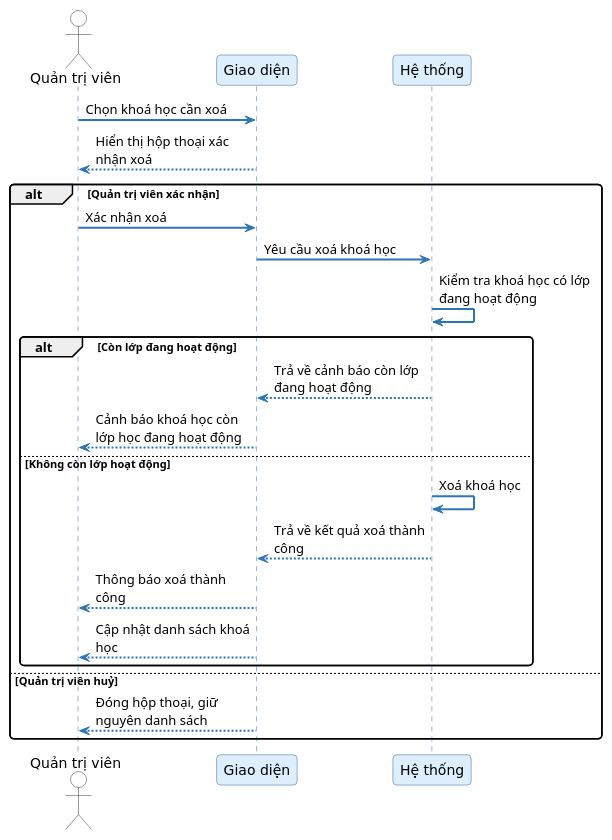
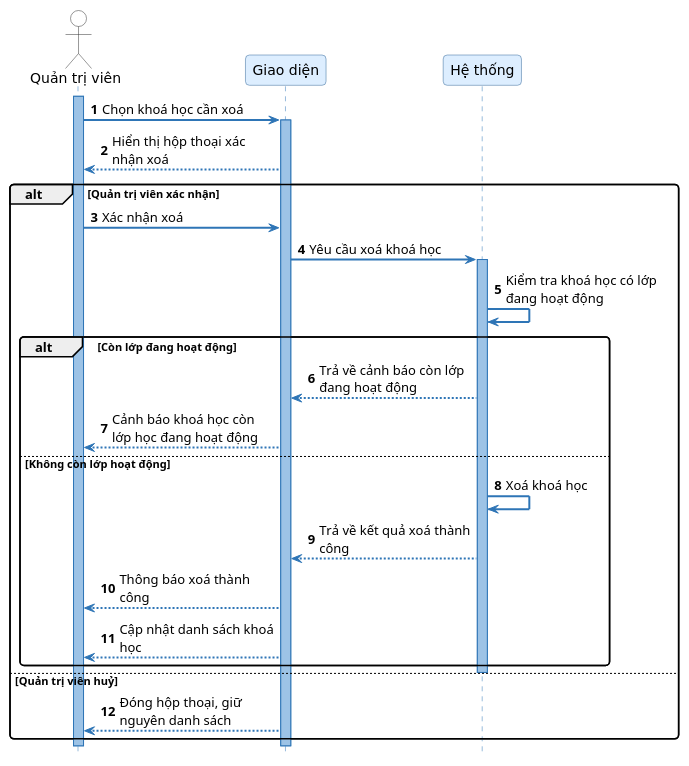
Before and after one commit to trantrungno3/ExamHub: the diagram in uml/seq_diagrams/SD10_xoa_khoa_hoc.puml, drawn with PlantUML. The commit also changed 100 other files, not shown here.

First line of the commit message:
Refactor sequence diagrams for exam generation and management

```diff
--- a/uml/seq_diagrams/SD10_xoa_khoa_hoc.puml
+++ b/uml/seq_diagrams/SD10_xoa_khoa_hoc.puml
@@ -1,47 +1,53 @@
 @startuml SD10_xoa_khoa_hoc
+autonumber
 skinparam sequenceArrowThickness 2
 skinparam roundcorner 8
 skinparam maxmessagesize 160
 skinparam sequence {
     ArrowColor #2E75B6
     ActorBorderColor #333333
-    LifeLineBorderColor #336699
-    LifeLineBackgroundColor #EEF4FF
+    LifeLineBorderColor #2E75B6
+    LifeLineBackgroundColor #9DC3E6
     ParticipantBorderColor #336699
     ParticipantBackgroundColor #DDEEFF
     ParticipantFontSize 14
     ParticipantFontName "DejaVu Sans"
     ActorBackgroundColor White
     ActorFontName "DejaVu Sans"
     ActorFontSize 14
     NoteBackgroundColor #FFFFCC
     NoteBorderColor #CCCC00
 }
 skinparam fontname "DejaVu Sans"
+hide footbox
 
 actor "Quản trị viên" as Admin
 participant "Giao diện" as FE
 participant "Hệ thống" as SYS
 
-Admin -> FE : Chọn khoá học cần xoá
+activate Admin
+Admin -> FE ++ : Chọn khoá học cần xoá
 FE --> Admin : Hiển thị hộp thoại xác nhận xoá
 
 alt Quản trị viên xác nhận
     Admin -> FE : Xác nhận xoá
-    FE -> SYS : Yêu cầu xoá khoá học
+    FE -> SYS ++ : Yêu cầu xoá khoá học
     SYS -> SYS : Kiểm tra khoá học có lớp đang hoạt động
 
     alt Còn lớp đang hoạt động
         SYS --> FE : Trả về cảnh báo còn lớp đang hoạt động
         FE --> Admin : Cảnh báo khoá học còn lớp học đang hoạt động
     else Không còn lớp hoạt động
         SYS -> SYS : Xoá khoá học
         SYS --> FE : Trả về kết quả xoá thành công
         FE --> Admin : Thông báo xoá thành công
         FE --> Admin : Cập nhật danh sách khoá học
     end
+    deactivate SYS
 else Quản trị viên huỷ
     FE --> Admin : Đóng hộp thoại, giữ nguyên danh sách
 end
+deactivate FE
+deactivate Admin
 
 @enduml
```
